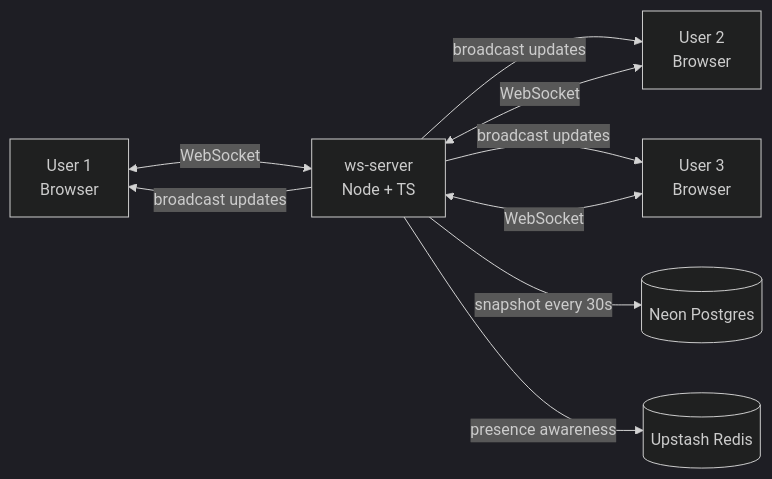
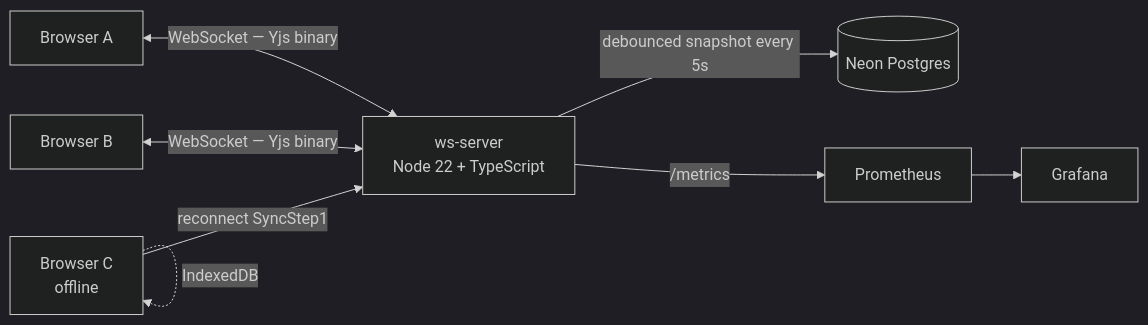
The diagram in README.md (Utkarsh272/CRDT-collab), drawn with Mermaid (dark theme) before and after one commit. The commit also changed other lines of this file and 48 other files, not shown here.

````diff
--- a/README.md
+++ b/README.md
@@ -43,11 +34,10 @@
 ```mermaid
 graph LR
-    U1[User 1\nBrowser] <-->|WebSocket| WS[ws-server\nNode + TS]
-    U2[User 2\nBrowser] <-->|WebSocket| WS
-    U3[User 3\nBrowser] <-->|WebSocket| WS
-    WS -->|broadcast updates| U1
-    WS -->|broadcast updates| U2
-    WS -->|broadcast updates| U3
-    WS -->|snapshot every 30s| PG[(Neon Postgres)]
-    WS -->|presence awareness| Redis[(Upstash Redis)]
+    U1[Browser A] <-->|WebSocket — Yjs binary| WS[ws-server\nNode 22 + TypeScript]
+    U2[Browser B] <-->|WebSocket — Yjs binary| WS
+    U3[Browser C\noffline] -.->|IndexedDB| U3
+    U3 -->|reconnect SyncStep1| WS
+    WS -->|debounced snapshot every 5s| PG[(Neon Postgres)]
+    WS -->|/metrics| Prom[Prometheus]
+    Prom --> Grafana
 ```
````
